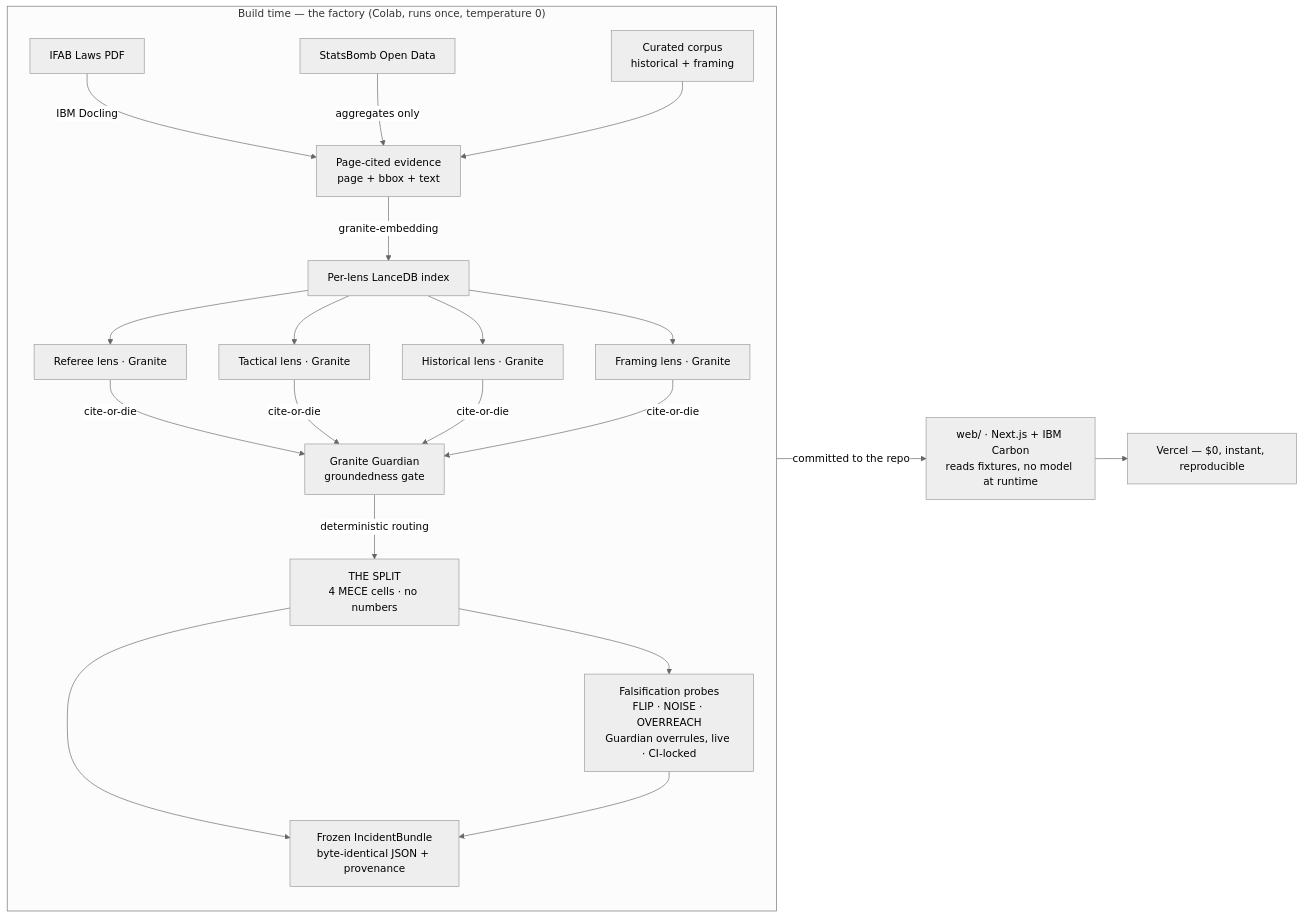
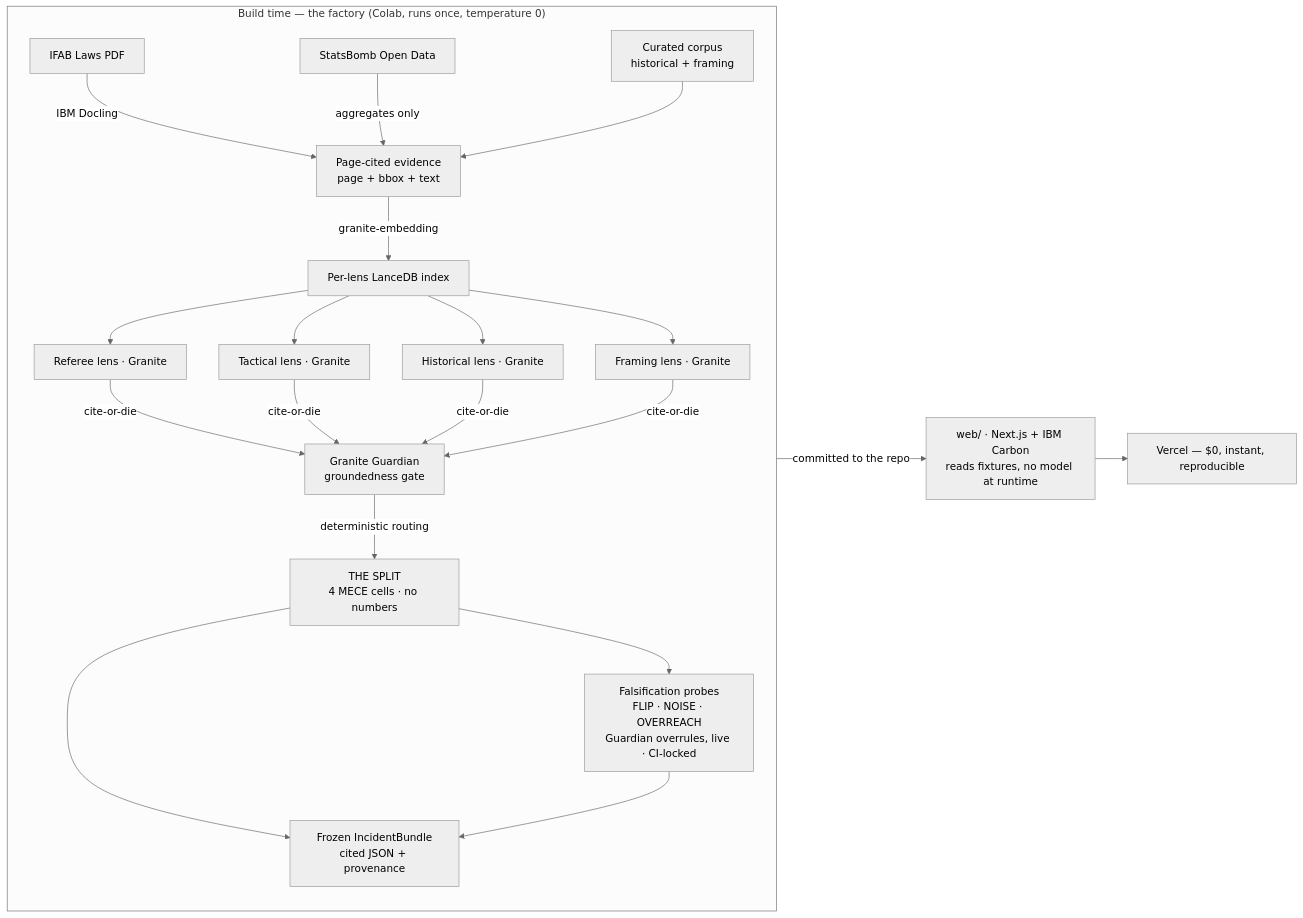
Before and after one commit to vighriday/offside-june-2026: the diagram in README.md, drawn with Mermaid (neutral theme). The commit also changed other lines of this file and 14 other files, not shown here.

````diff
--- a/README.md
+++ b/README.md
@@ -187,21 +199,21 @@
 ```mermaid
 flowchart LR
   subgraph BUILD["Build time — the factory (Colab, runs once, temperature 0)"]
     direction TB
     PDF["IFAB Laws PDF"] -->|IBM Docling| EV["Page-cited evidence<br/>page + bbox + text"]
     SB["StatsBomb Open Data"] -->|aggregates only| EV
     YAML["Curated corpus<br/>historical + framing"] --> EV
     EV -->|granite-embedding| IDX["Per-lens LanceDB index"]
     IDX --> L1["Referee lens · Granite"]
     IDX --> L2["Tactical lens · Granite"]
     IDX --> L3["Historical lens · Granite"]
     IDX --> L4["Framing lens · Granite"]
     L1 & L2 & L3 & L4 -->|cite-or-die| G["Granite Guardian<br/>groundedness gate"]
     G -->|deterministic routing| SPLIT["THE SPLIT<br/>4 MECE cells · no numbers"]
     SPLIT --> PROBE["Falsification probes<br/>FLIP · NOISE · OVERREACH<br/>Guardian overrules, live · CI-locked"]
-    SPLIT --> FX["Frozen IncidentBundle<br/>byte-identical JSON + provenance"]
+    SPLIT --> FX["Frozen IncidentBundle<br/>cited JSON + provenance"]
     PROBE --> FX
   end
   FX -->|committed to the repo| WEB["web/ · Next.js + IBM Carbon<br/>reads fixtures, no model at runtime"]
   WEB --> V["Vercel — $0, instant, reproducible"]
 ```
````
